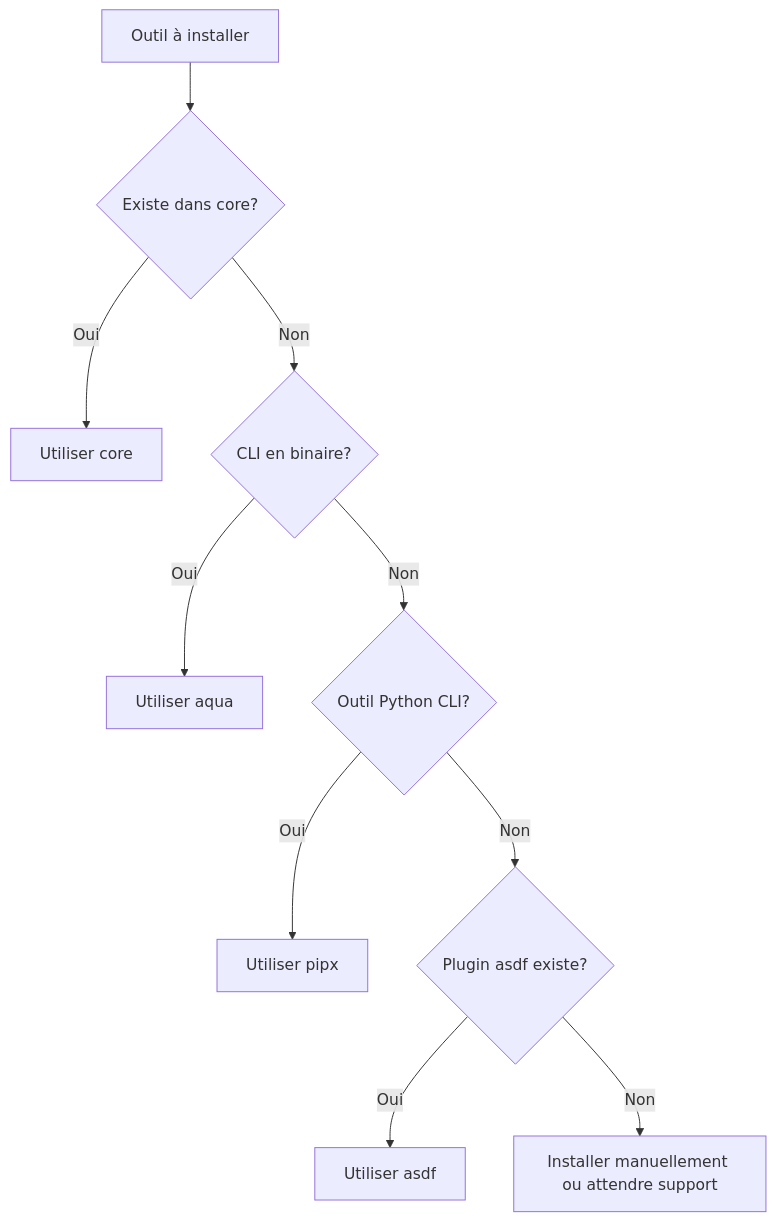
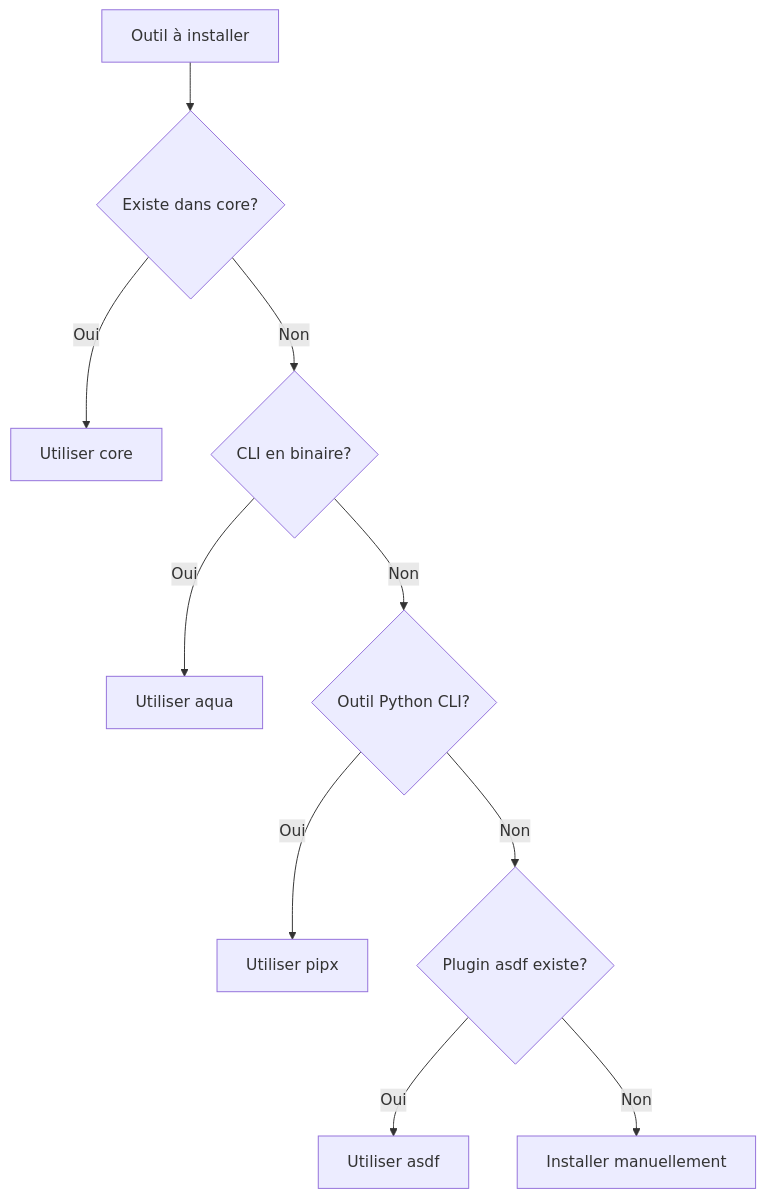
Before and after one commit to Ameausoone/macos-provision: the diagram in docs/02-mise-backend.md, drawn with Mermaid. The commit also changed other lines of this file and 3 other files, not shown here.

````diff
--- a/docs/02-mise-backend.md
+++ b/docs/02-mise-backend.md
@@ -233,12 +146,12 @@
 ```mermaid
 flowchart TD
     A[Outil à installer] --> B{Existe dans core?}
     B -->|Oui| C[Utiliser core]
     B -->|Non| D{CLI en binaire?}
     D -->|Oui| E[Utiliser aqua]
     D -->|Non| F{Outil Python CLI?}
     F -->|Oui| G[Utiliser pipx]
     F -->|Non| H{Plugin asdf existe?}
     H -->|Oui| I[Utiliser asdf]
-    H -->|Non| J[Installer manuellement ou attendre support]
+    H -->|Non| J[Installer manuellement]
 ```
````
